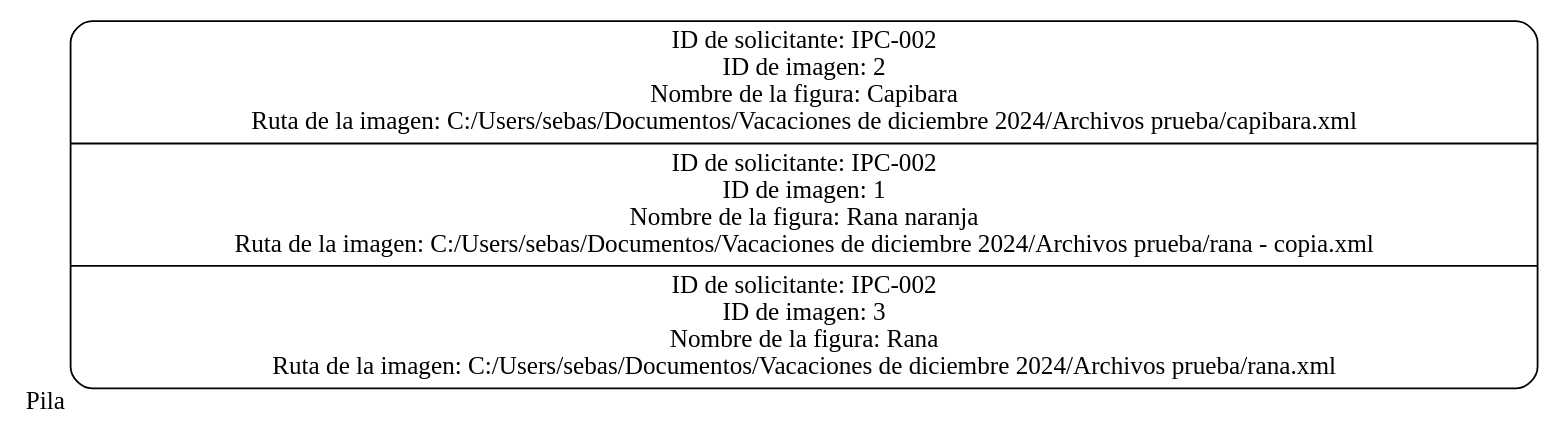
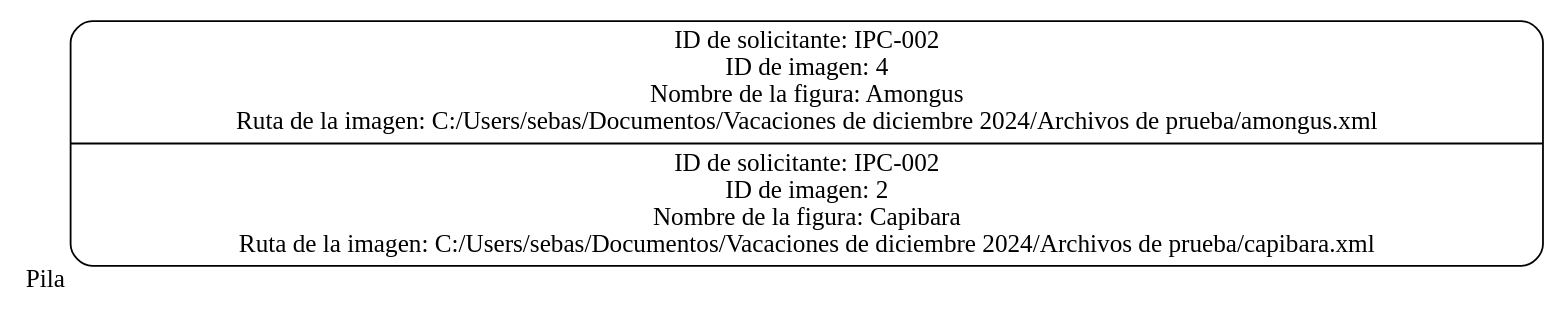
Before and after one commit to Sebastian-G-0607/IPC2_ProyectoVD2024_202300694: the diagram in Proyecto1/codigosdot/Pila_IPC-002.dot, drawn with Graphviz. The commit also changed 31 other files, not shown here.

```diff
--- a/Proyecto1/codigosdot/Pila_IPC-002.dot
+++ b/Proyecto1/codigosdot/Pila_IPC-002.dot
@@ -1,5 +1,5 @@
 digraph G {
     rankdir=LR;
     node[shape=Mrecord];
-    Pila[xlabel="Pila" label="ID de solicitante: IPC-002\nID de imagen: 2\nNombre de la figura: Capibara\nRuta de la imagen: C:/Users/sebas/Documentos/Vacaciones de diciembre 2024/Archivos prueba/capibara.xml\n|ID de solicitante: IPC-002\nID de imagen: 1\nNombre de la figura: Rana naranja\nRuta de la imagen: C:/Users/sebas/Documentos/Vacaciones de diciembre 2024/Archivos prueba/rana - copia.xml\n|ID de solicitante: IPC-002\nID de imagen: 3\nNombre de la figura: Rana\nRuta de la imagen: C:/Users/sebas/Documentos/Vacaciones de diciembre 2024/Archivos prueba/rana.xml\n"];
+    Pila[xlabel="Pila" label="ID de solicitante: IPC-002\nID de imagen: 4\nNombre de la figura: Amongus\nRuta de la imagen: C:/Users/sebas/Documentos/Vacaciones de diciembre 2024/Archivos de prueba/amongus.xml\n|ID de solicitante: IPC-002\nID de imagen: 2\nNombre de la figura: Capibara\nRuta de la imagen: C:/Users/sebas/Documentos/Vacaciones de diciembre 2024/Archivos de prueba/capibara.xml\n"];
 }
```
